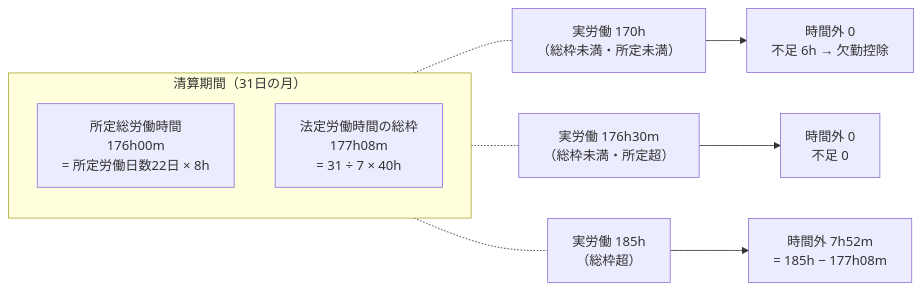
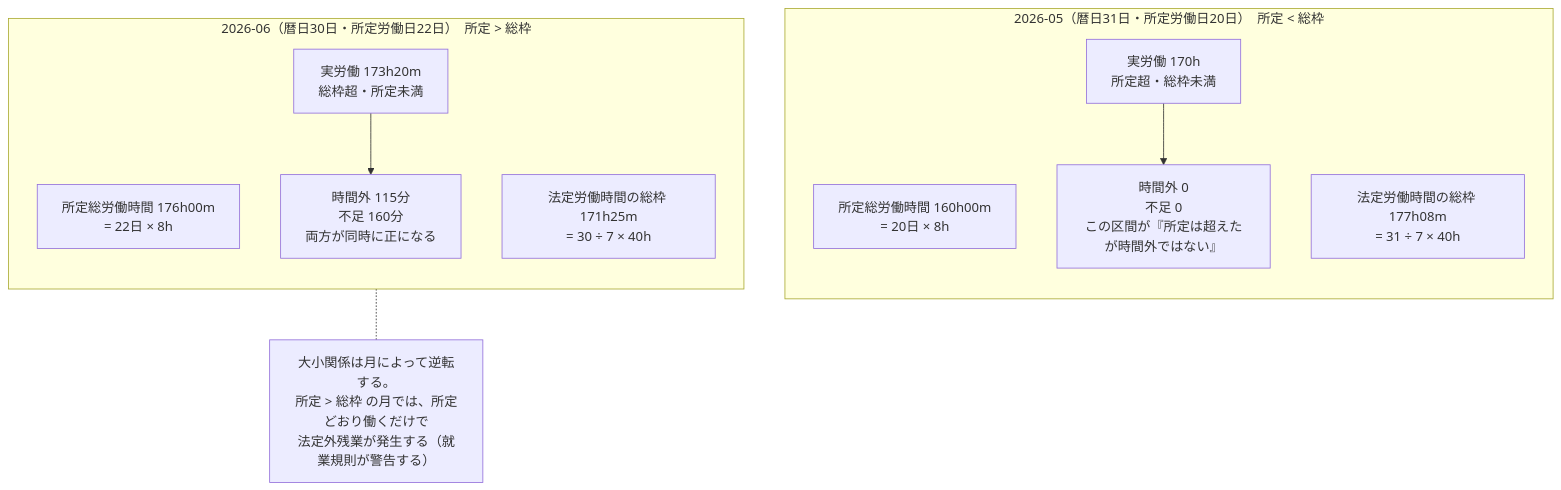
The diagram in doc/02_詳細設計/04_勤怠_月次清算/diagrams/総枠と時間外の関係.mmd (masaki-i02/newJavaProject), drawn with Mermaid before and after one commit. The commit also changed 14 other files, not shown here.

```diff
--- a/doc/02_詳細設計/04_勤怠_月次清算/diagrams/総枠と時間外の関係.mmd
+++ b/doc/02_詳細設計/04_勤怠_月次清算/diagrams/総枠と時間外の関係.mmd
@@ -1,18 +1,21 @@
-flowchart LR
-    subgraph 月["清算期間（31日の月）"]
+flowchart TB
+    subgraph M1["2026-05（暦日31日・所定労働日20日）　所定 < 総枠"]
         direction TB
-        A["所定総労働時間<br/>176h00m<br/>= 所定労働日数22日 × 8h"]
-        B["法定労働時間の総枠<br/>177h08m<br/>= 31 ÷ 7 × 40h"]
+        A1["所定総労働時間 160h00m<br/>= 20日 × 8h"]
+        B1["法定労働時間の総枠 177h08m<br/>= 31 ÷ 7 × 40h"]
+        C1["実労働 170h<br/>所定超・総枠未満"]
+        R1["時間外 0<br/>不足 0<br/>この区間が『所定は超えたが時間外ではない』"]
+        C1 --> R1
     end
 
-    C1["実労働 170h<br/>（総枠未満・所定未満）"]
-    C2["実労働 176h30m<br/>（総枠未満・所定超）"]
-    C3["実労働 185h<br/>（総枠超）"]
+    subgraph M2["2026-06（暦日30日・所定労働日22日）　所定 > 総枠"]
+        direction TB
+        A2["所定総労働時間 176h00m<br/>= 22日 × 8h"]
+        B2["法定労働時間の総枠 171h25m<br/>= 30 ÷ 7 × 40h"]
+        C2["実労働 173h20m<br/>総枠超・所定未満"]
+        R2["時間外 115分<br/>不足 160分<br/>両方が同時に正になる"]
+        C2 --> R2
+    end
 
-    C1 --> R1["時間外 0<br/>不足 6h → 欠勤控除"]
-    C2 --> R2["時間外 0<br/>不足 0"]
-    C3 --> R3["時間外 7h52m<br/>= 185h − 177h08m"]
-
-    月 -.- C1
-    月 -.- C2
-    月 -.- C3
+    N["大小関係は月によって逆転する。<br/>所定 > 総枠 の月では、所定どおり働くだけで<br/>法定外残業が発生する（就業規則が警告する）"]
+    M2 -.- N
```
